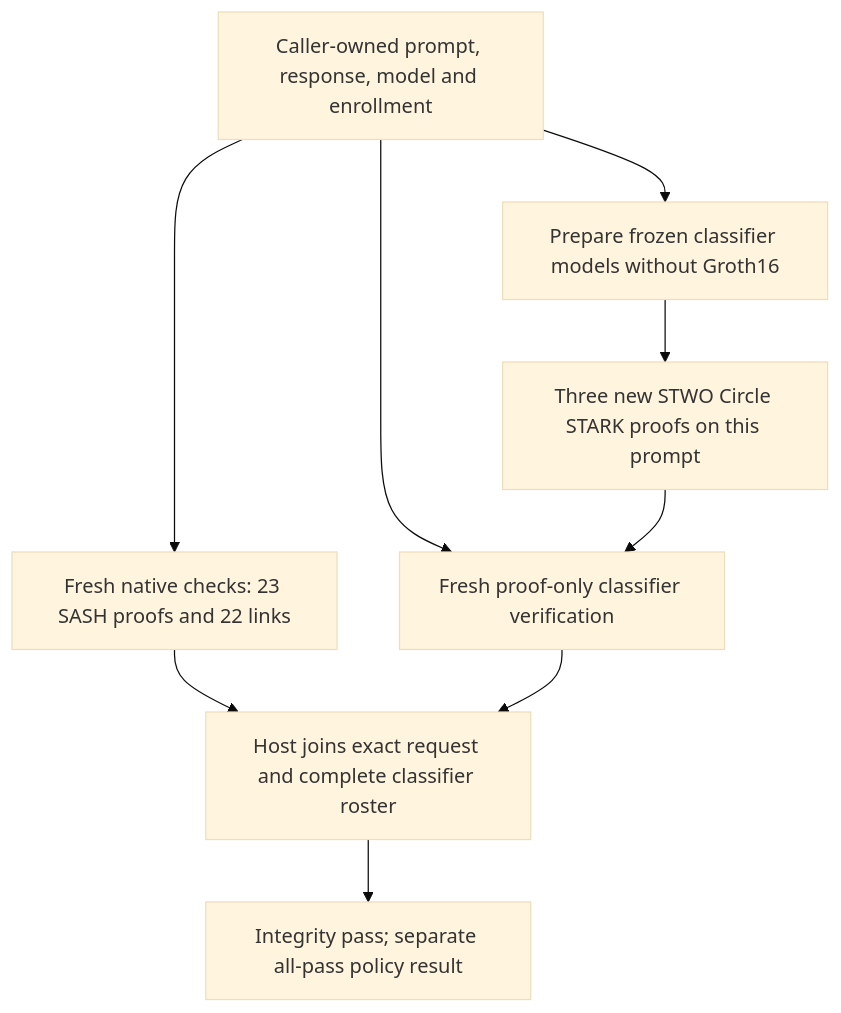
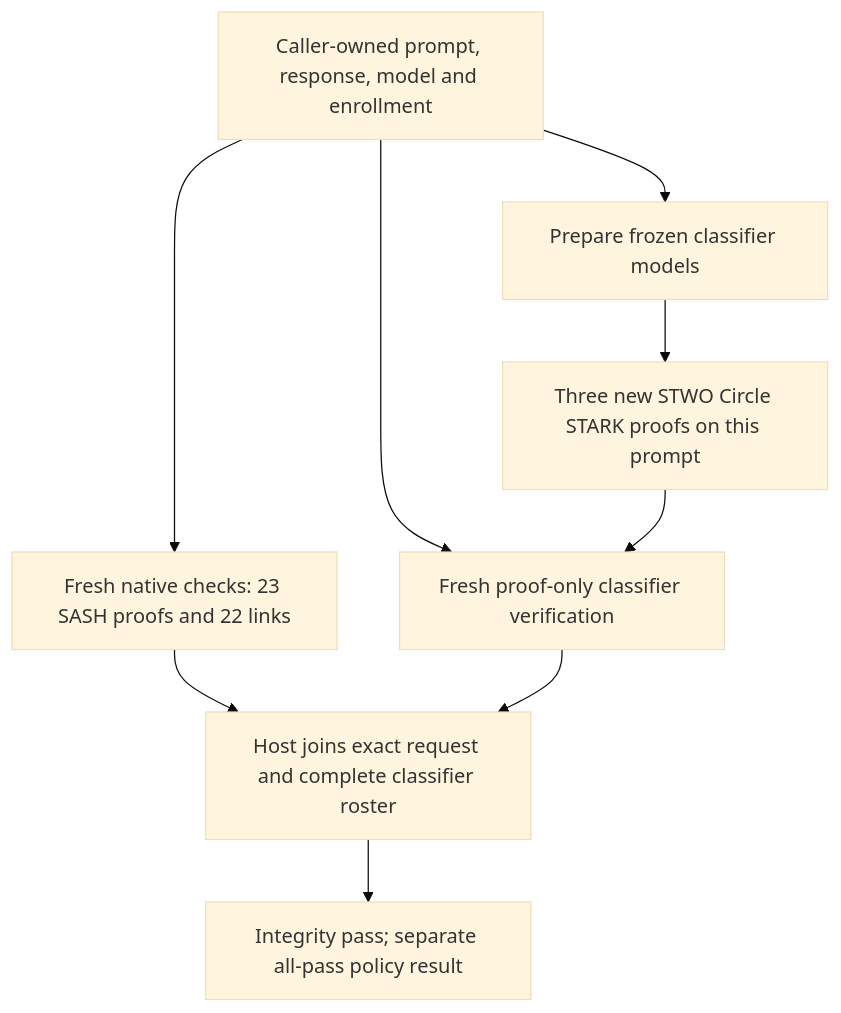
The diagram in docs/COMPOSED-DEMO.md (AbdelStark/hallmark), drawn with Mermaid (base theme) before and after one commit. The commit also changed other lines of this file and 272 other files, not shown here.

````diff
--- a/docs/COMPOSED-DEMO.md
+++ b/docs/COMPOSED-DEMO.md
@@ -21,11 +21,11 @@
 ```mermaid
 flowchart TD
     E[Caller-owned prompt, response, model and enrollment] --> L[Fresh native checks: 23 SASH proofs and 22 links]
-    E --> C[Prepare frozen classifier models without Groth16]
+    E --> C[Prepare frozen classifier models]
     C --> P[Three new STWO Circle STARK proofs on this prompt]
     E --> V[Fresh proof-only classifier verification]
     P --> V
     L --> J[Host joins exact request and complete classifier roster]
     V --> J
     J --> I[Integrity pass; separate all-pass policy result]
 ```
````
